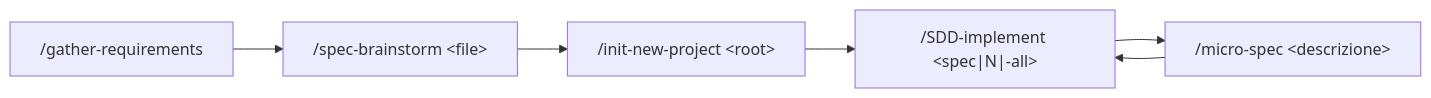
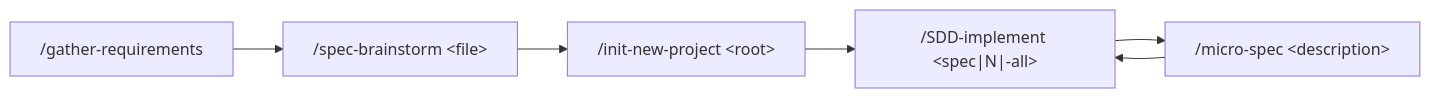
Before and after one commit to jerome74/open-sdd-coding: the diagram in README.md, drawn with Mermaid. The commit also changed other lines of this file and 30 other files, not shown here.

````diff
--- a/README.md
+++ b/README.md
@@ -55,8 +55,8 @@
 ```mermaid
 flowchart LR
   A["/gather-requirements"] --> B["/spec-brainstorm &lt;file&gt;"]
   B --> C["/init-new-project &lt;root&gt;"]
   C --> D["/SDD-implement &lt;spec|N|-all&gt;"]
-  D --> E["/micro-spec &lt;descrizione&gt;"]
+  D --> E["/micro-spec &lt;description&gt;"]
   E --> D
 ```
````
